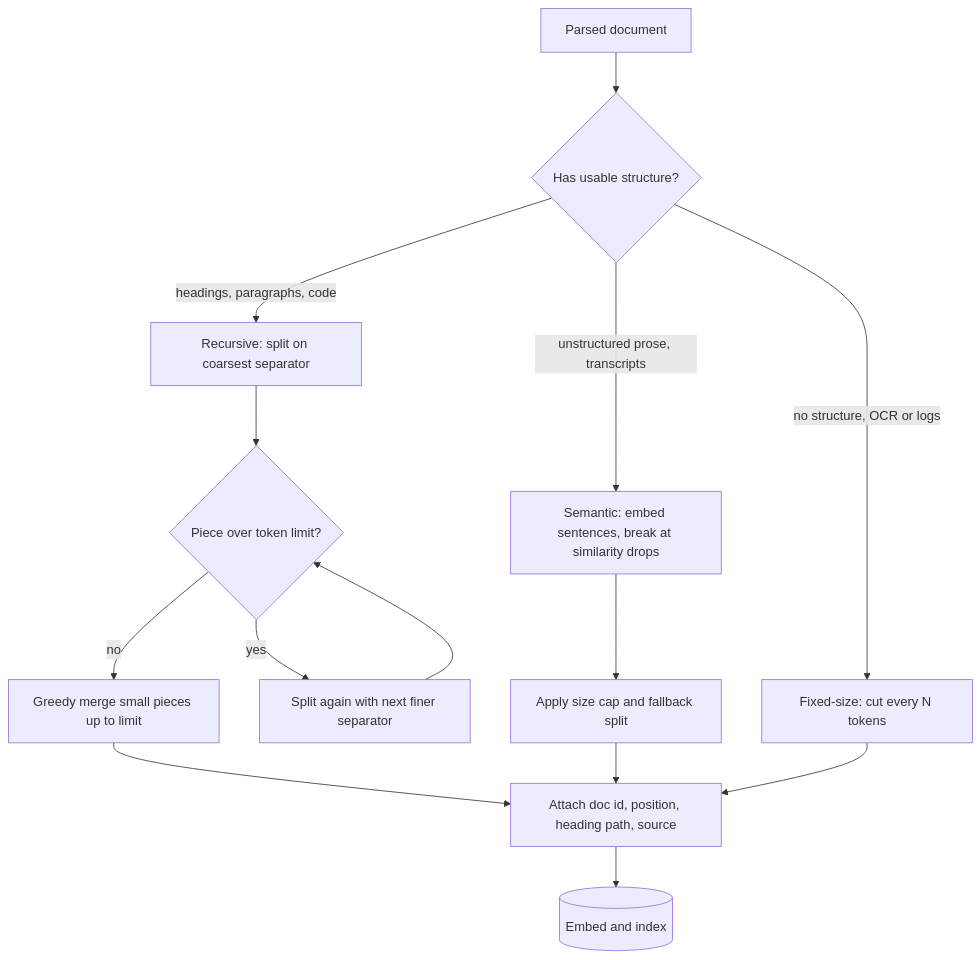
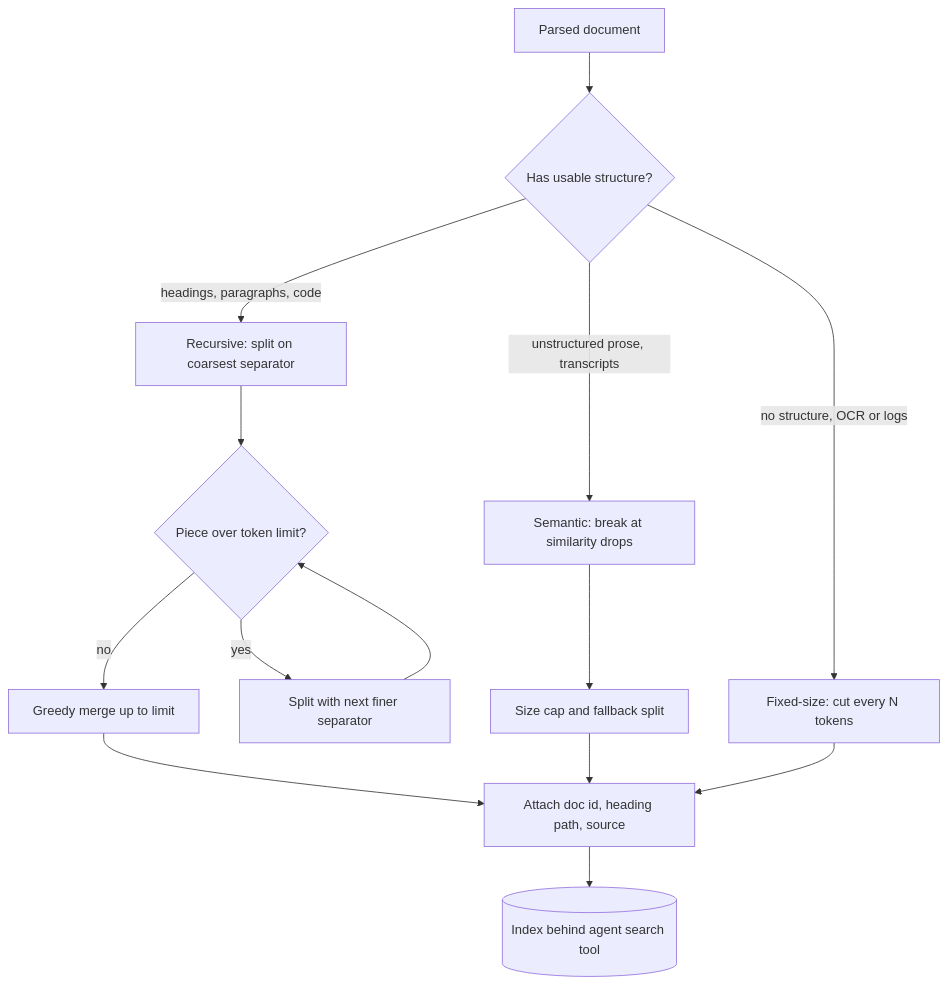
The diagram in content/rag-retrieval/chunking-strategies.md (lovishmahajan97/agentic-learning), drawn with Mermaid before and after one commit. The commit also changed other lines of this file and 266 other files, not shown here.

````diff
--- a/content/rag-retrieval/chunking-strategies.md
+++ b/content/rag-retrieval/chunking-strategies.md
@@ -121,16 +144,16 @@
 ```mermaid
 flowchart TD
     D["Parsed document"] --> Q{"Has usable structure?"}
     Q -->|"headings, paragraphs, code"| R["Recursive: split on coarsest separator"]
-    Q -->|"unstructured prose, transcripts"| S["Semantic: embed sentences, break at similarity drops"]
+    Q -->|"unstructured prose, transcripts"| S["Semantic: break at similarity drops"]
     Q -->|"no structure, OCR or logs"| F["Fixed-size: cut every N tokens"]
     R --> C{"Piece over token limit?"}
-    C -->|"yes"| N["Split again with next finer separator"]
+    C -->|"yes"| N["Split with next finer separator"]
     N --> C
-    C -->|"no"| G["Greedy merge small pieces up to limit"]
-    S --> CAP["Apply size cap and fallback split"]
-    G --> M["Attach doc id, position, heading path, source"]
+    C -->|"no"| G["Greedy merge up to limit"]
+    S --> CAP["Size cap and fallback split"]
+    G --> M["Attach doc id, heading path, source"]
     CAP --> M
     F --> M
-    M --> E[("Embed and index")]
+    M --> E[("Index behind agent search tool")]
 ```
````
